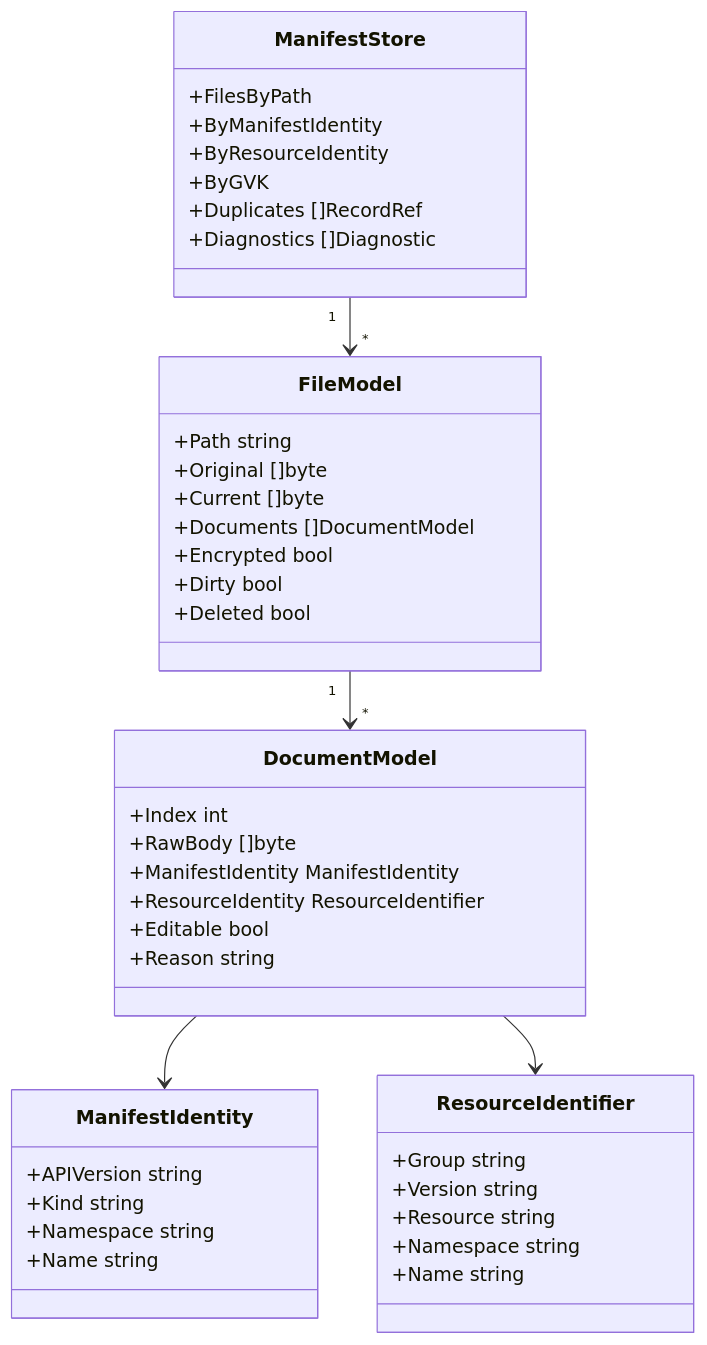
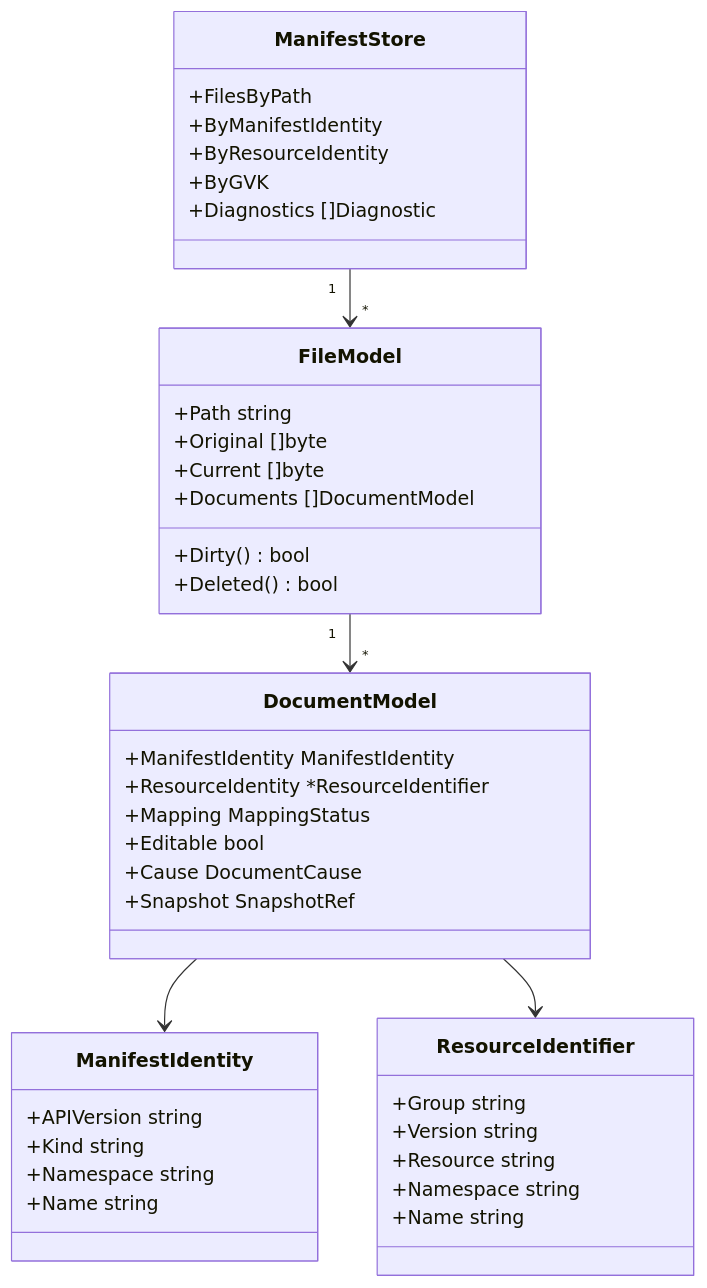
Before and after one commit to ConfigButler/gitops-reverser: the second of 2 diagrams in docs/design/manifest/current-manifest-support-review.md, drawn with Mermaid. The commit also changed other lines of this file and 3 other files, not shown here.

````diff
--- a/docs/design/manifest/current-manifest-support-review.md
+++ b/docs/design/manifest/current-manifest-support-review.md
@@ -269,50 +318,48 @@
 ```mermaid
 classDiagram
     class ManifestStore {
         +FilesByPath
         +ByManifestIdentity
         +ByResourceIdentity
         +ByGVK
-        +Duplicates []RecordRef
         +Diagnostics []Diagnostic
     }
 
     class FileModel {
         +Path string
         +Original []byte
         +Current []byte
         +Documents []DocumentModel
-        +Encrypted bool
-        +Dirty bool
-        +Deleted bool
+        +Dirty() bool
+        +Deleted() bool
     }
 
     class DocumentModel {
-        +Index int
-        +RawBody []byte
         +ManifestIdentity ManifestIdentity
-        +ResourceIdentity ResourceIdentifier
+        +ResourceIdentity *ResourceIdentifier
+        +Mapping MappingStatus
         +Editable bool
-        +Reason string
+        +Cause DocumentCause
+        +Snapshot SnapshotRef
     }
 
     class ManifestIdentity {
         +APIVersion string
         +Kind string
         +Namespace string
         +Name string
     }
 
     class ResourceIdentifier {
         +Group string
         +Version string
         +Resource string
         +Namespace string
         +Name string
     }
 
     ManifestStore "1" --> "*" FileModel
     FileModel "1" --> "*" DocumentModel
     DocumentModel --> ManifestIdentity
     DocumentModel --> ResourceIdentifier
 ```
````
